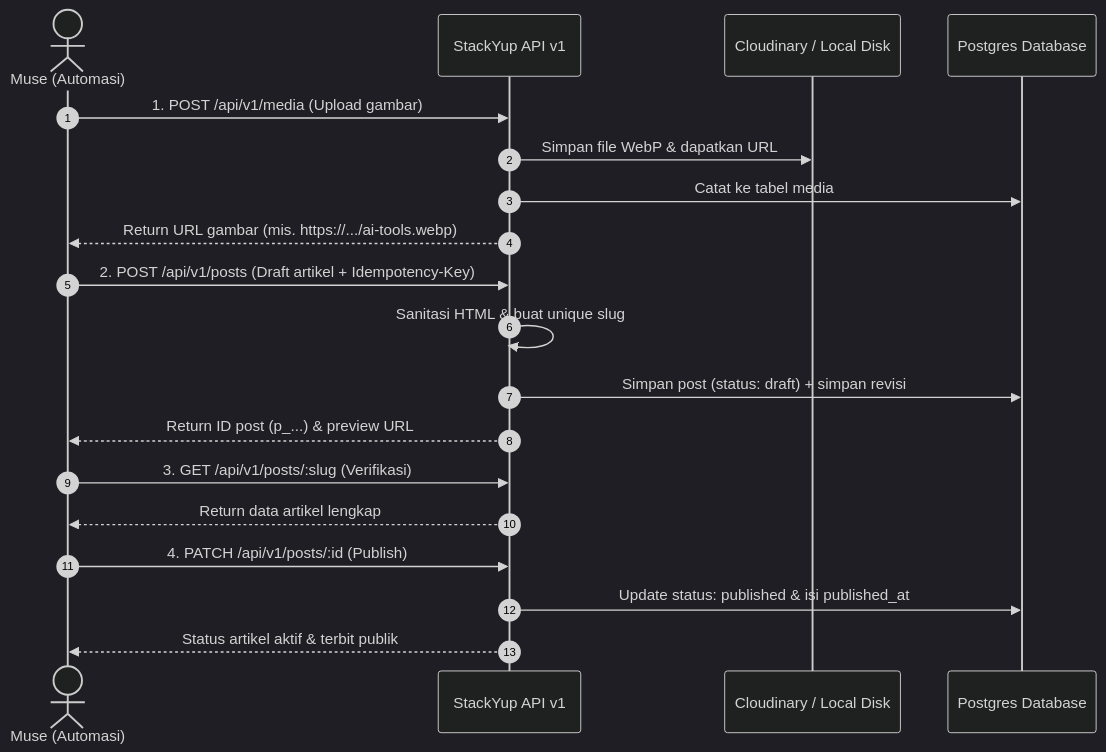
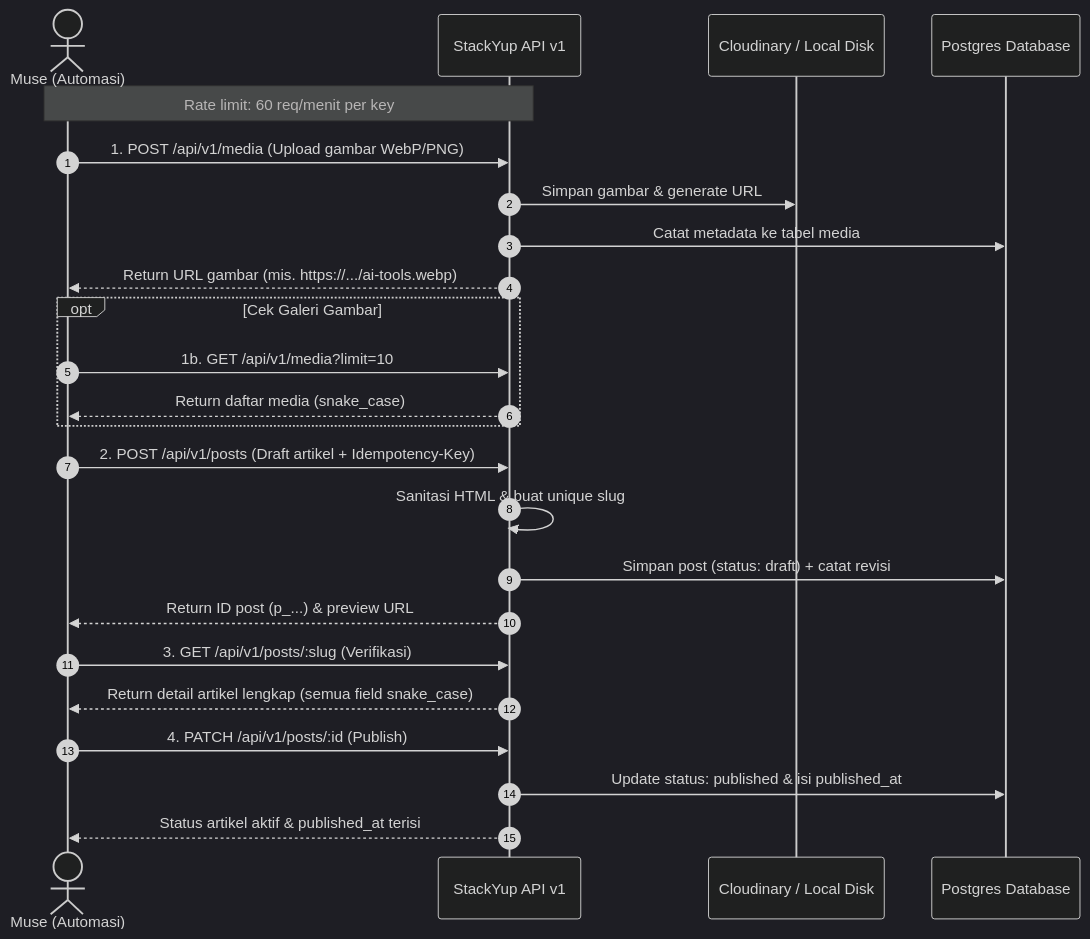
The diagram in MUSE_API_GUIDE.md (bigmoments/stackyup), drawn with Mermaid (dark theme) before and after one commit. The commit also changed other lines of this file and 162 other files, not shown here.

Commit message:
feat: implement full-stack blog CMS with admin dashboard, public frontend, API routes, and database schema

````diff
--- a/MUSE_API_GUIDE.md
+++ b/MUSE_API_GUIDE.md
@@ -17,25 +26,32 @@
 ```mermaid
 sequenceDiagram
     autonumber
     actor Muse as Muse (Automasi)
     participant API as StackYup API v1
     participant Storage as Cloudinary / Local Disk
     participant DB as Postgres Database
 
-    Muse->>API: 1. POST /api/v1/media (Upload gambar)
-    API->>Storage: Simpan file WebP & dapatkan URL
-    API->>DB: Catat ke tabel media
+    Note over Muse,API: Rate limit: 60 req/menit per key
+
+    Muse->>API: 1. POST /api/v1/media (Upload gambar WebP/PNG)
+    API->>Storage: Simpan gambar & generate URL
+    API->>DB: Catat metadata ke tabel media
     API-->>Muse: Return URL gambar (mis. https://.../ai-tools.webp)
+
+    opt Cek Galeri Gambar
+        Muse->>API: 1b. GET /api/v1/media?limit=10
+        API-->>Muse: Return daftar media (snake_case)
+    end
 
     Muse->>API: 2. POST /api/v1/posts (Draft artikel + Idempotency-Key)
     API->>API: Sanitasi HTML & buat unique slug
-    API->>DB: Simpan post (status: draft) + simpan revisi
+    API->>DB: Simpan post (status: draft) + catat revisi
     API-->>Muse: Return ID post (p_...) & preview URL
 
     Muse->>API: 3. GET /api/v1/posts/:slug (Verifikasi)
-    API-->>Muse: Return data artikel lengkap
+    API-->>Muse: Return detail artikel lengkap (semua field snake_case)
 
     Muse->>API: 4. PATCH /api/v1/posts/:id (Publish)
     API->>DB: Update status: published & isi published_at
-    API-->>Muse: Status artikel aktif & terbit publik
+    API-->>Muse: Status artikel aktif & published_at terisi
 ```
````
